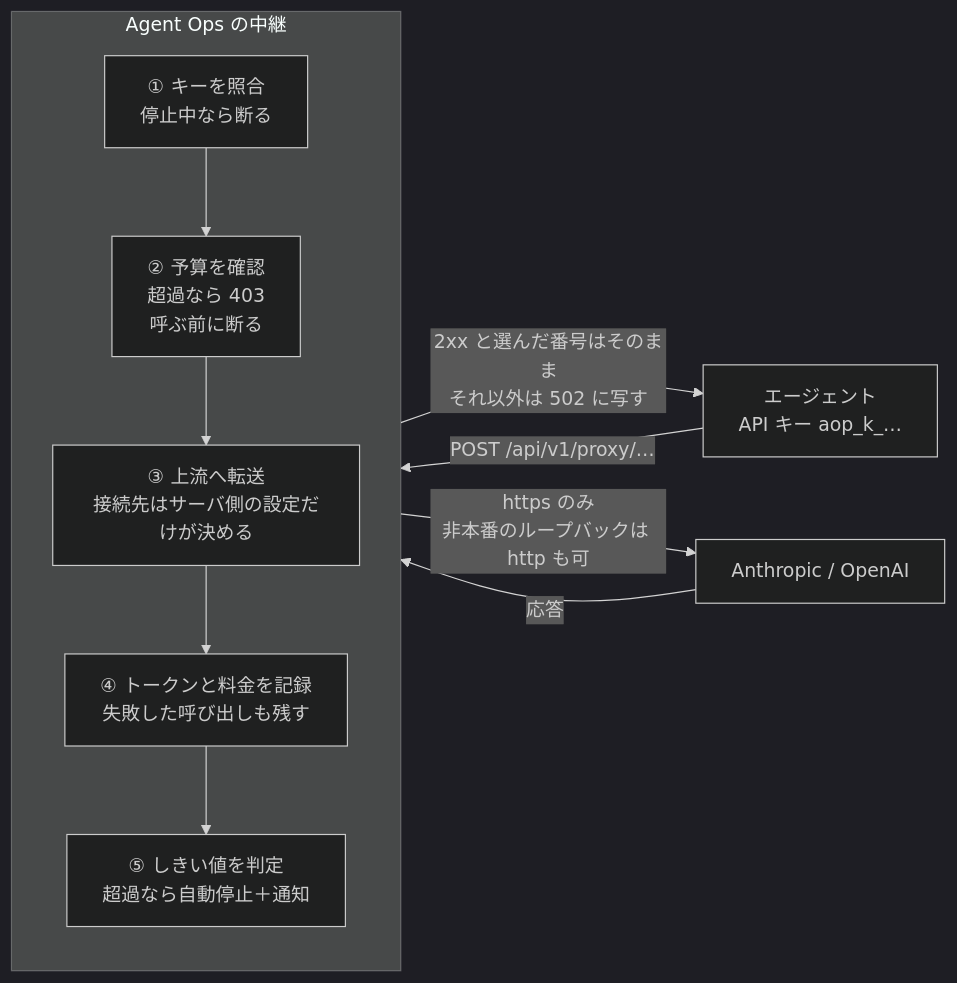
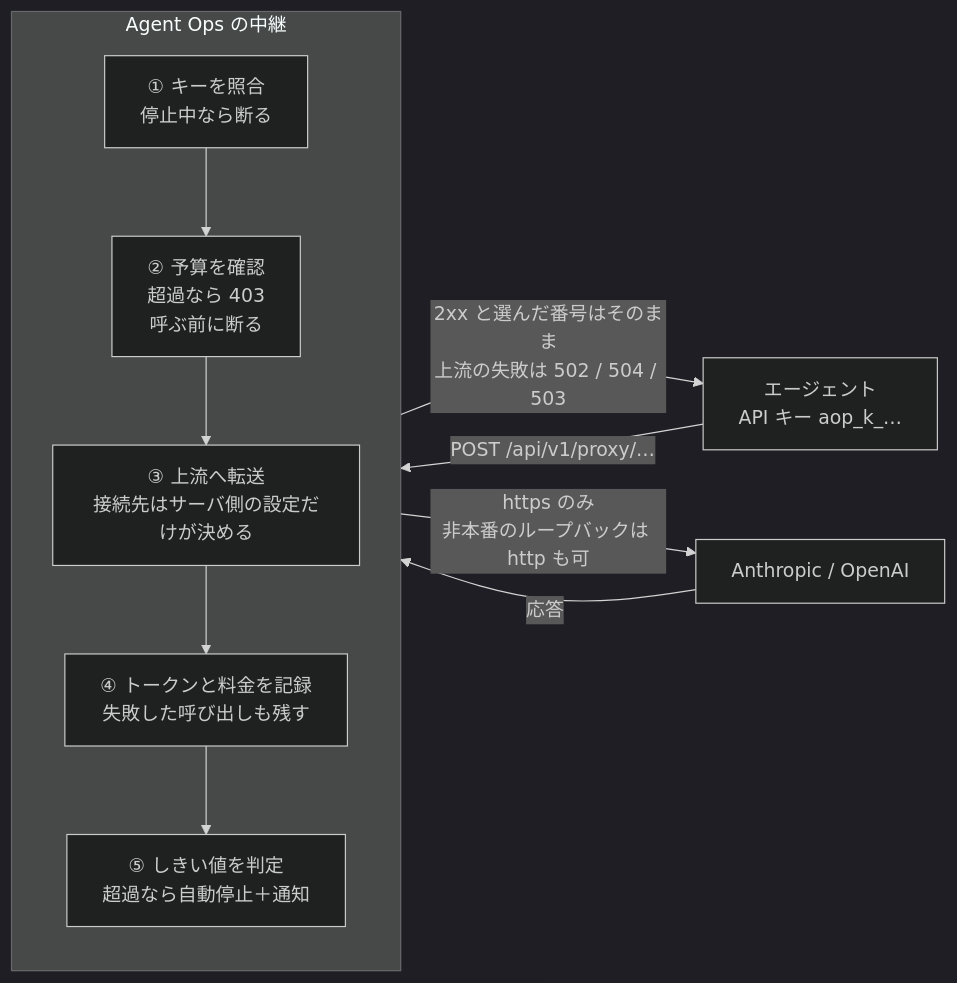
The first of 4 diagrams in docs/overview.md (izumacha/agent-ops), drawn with Mermaid (dark theme) before and after one commit. The commit also changed other lines of this file, not shown here.

````diff
--- a/docs/overview.md
+++ b/docs/overview.md
@@ -33,19 +33,19 @@
 ```mermaid
 flowchart LR
   A["エージェント<br/>API キー aop_k_…"]
 
   subgraph P["Agent Ops の中継"]
     direction TB
     P1["① キーを照合<br/>停止中なら断る"] --> P2["② 予算を確認<br/>超過なら 403<br/>呼ぶ前に断る"]
     P2 --> P3["③ 上流へ転送<br/>接続先はサーバ側の設定だけが決める"]
     P3 --> P4["④ トークンと料金を記録<br/>失敗した呼び出しも残す"]
     P4 --> P5["⑤ しきい値を判定<br/>超過なら自動停止＋通知"]
   end
 
   U["Anthropic / OpenAI"]
 
   A -->|"POST /api/v1/proxy/…"| P1
-  P5 -->|"2xx と選んだ番号はそのまま<br/>それ以外は 502 に写す"| A
+  P5 -->|"2xx と選んだ番号はそのまま<br/>上流の失敗は 502 / 504 / 503"| A
   P3 -->|"https のみ<br/>非本番のループバックは http も可"| U
   U -->|"応答"| P3
 ```
````
